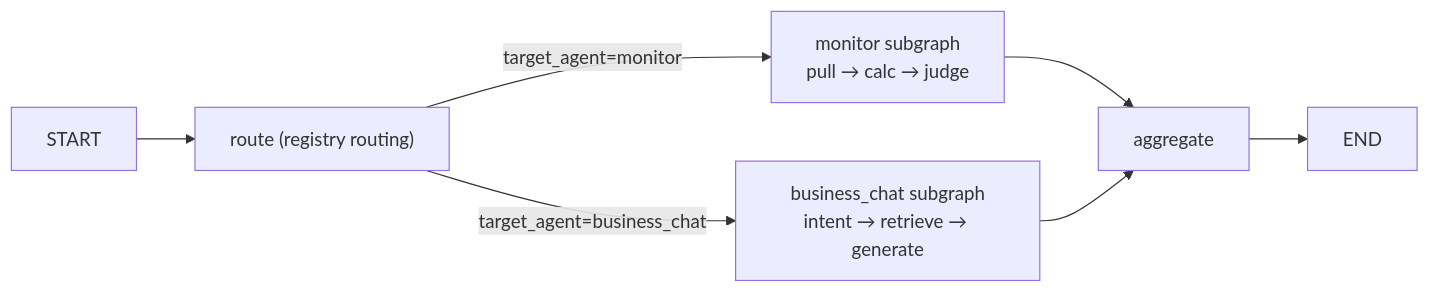
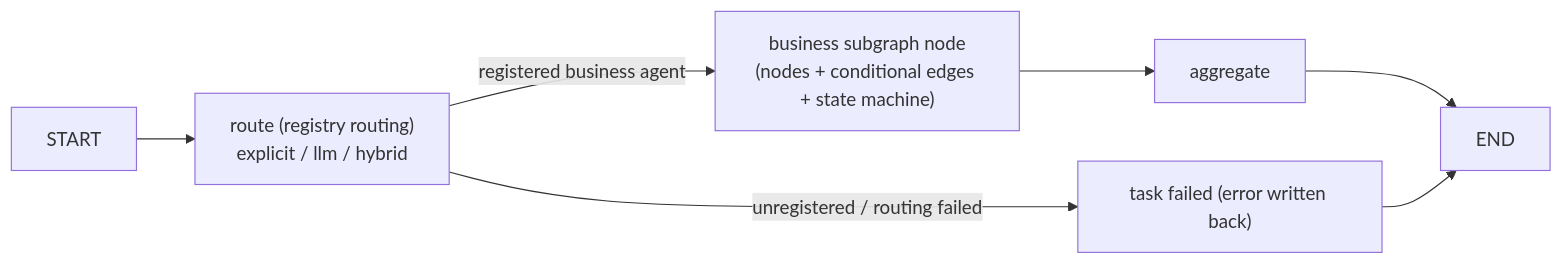
One commit to chain-engine/x-BeiChen changed the second of 2 diagrams in README.en.md. Above: the diagram before and after it, drawn with Mermaid. The commit also changed other lines of this file and 9 other files, not shown here.

````diff
--- a/README.en.md
+++ b/README.en.md
@@ -122,9 +119,9 @@
 ```mermaid
 flowchart LR
-    START --> ROUTE["route (registry routing)"]
-    ROUTE -->|"target_agent=monitor"| SUB1["monitor subgraph<br/>pull → calc → judge"]
-    ROUTE -->|"target_agent=business_chat"| SUB2["business_chat subgraph<br/>intent → retrieve → generate"]
-    SUB1 --> AGG["aggregate"]
-    SUB2 --> AGG
+    START --> ROUTE["route (registry routing)<br/>explicit / llm / hybrid"]
+    ROUTE -->|"registered business agent"| SUB["business subgraph node<br/>(nodes + conditional edges + state machine)"]
+    SUB --> AGG["aggregate"]
     AGG --> END
+    ROUTE -->|"unregistered / routing failed"| FAIL["task failed (error written back)"]
+    FAIL --> END
 ```
````
